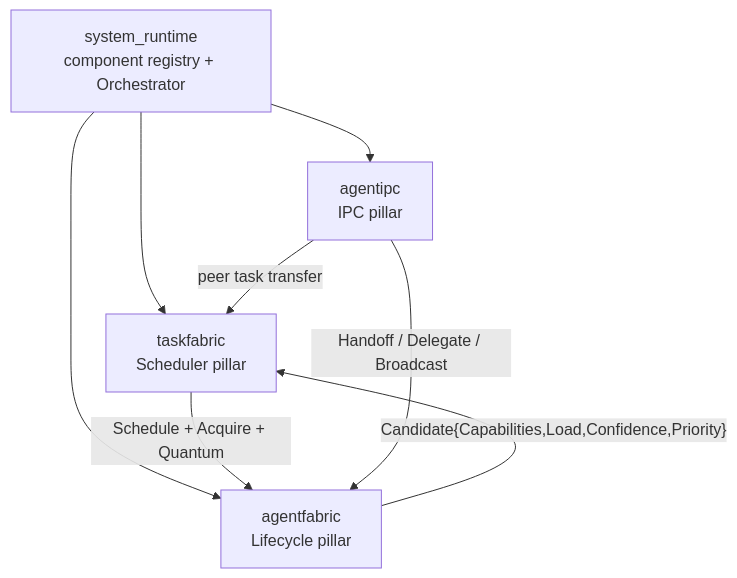
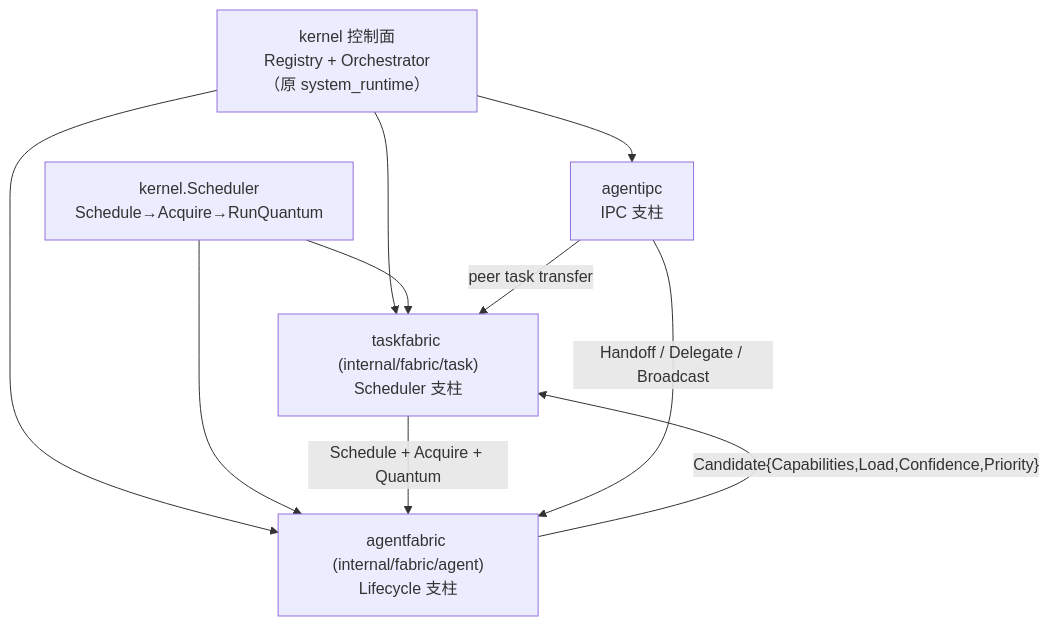
The second of 2 diagrams in content/architecture/_index.zh.md (Timwood0x10/ARES_Docs), drawn with Mermaid before and after one commit. The commit also changed other lines of this file and 75 other files, not shown here.

Commit message:
docs(architecture): Update runtime layering and ARES Kernel documentation

````diff
--- a/content/architecture/_index.zh.md
+++ b/content/architecture/_index.zh.md
@@ -222,10 +227,12 @@
 ```mermaid
 flowchart TD
-    SR["system_runtime<br/>component registry + Orchestrator"] --> TF["taskfabric<br/>Scheduler pillar"]
-    SR --> AF["agentfabric<br/>Lifecycle pillar"]
-    SR --> IP["agentipc<br/>IPC pillar"]
+    SR["kernel 控制面<br/>Registry + Orchestrator（原 system_runtime）"] --> TF["taskfabric (internal/fabric/task)<br/>Scheduler 支柱"]
+    SR --> AF["agentfabric (internal/fabric/agent)<br/>Lifecycle 支柱"]
+    SR --> IP["agentipc<br/>IPC 支柱"]
+    KS["kernel.Scheduler<br/>Schedule→Acquire→RunQuantum"] --> TF
+    KS --> AF
     TF -- "Schedule + Acquire + Quantum" --> AF
     IP -- "Handoff / Delegate / Broadcast" --> AF
     IP -- "peer task transfer" --> TF
     AF -- "Candidate{Capabilities,Load,Confidence,Priority}" --> TF
 ```
````
